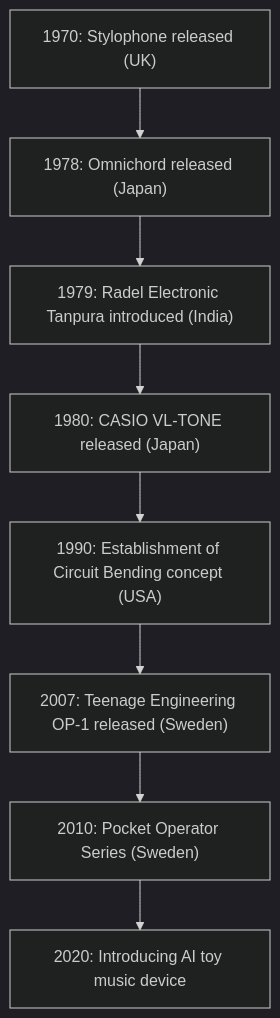
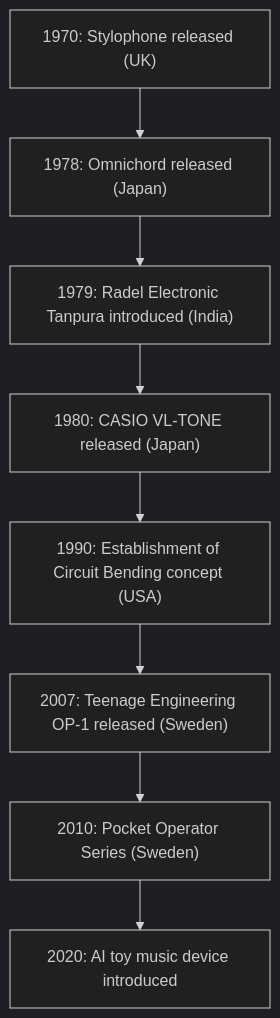
Before and after one commit to monumental-movement/monumental-movement.github.io: the diagram in en/_posts/2025-10-12-Column-Strange-Musical-Toys.md, drawn with Mermaid (dark theme). The commit also changed other lines of this file and 339 other files, not shown here.

```diff
--- a/en/_posts/2025-10-12-Column-Strange-Musical-Toys.md
+++ b/en/_posts/2025-10-12-Column-Strange-Musical-Toys.md
@@ -211,16 +211,16 @@
 <div class="mermaid">
 
 flowchart TD
 
     A1970["1970: Stylophone released (UK)"]
     B1978["1978: Omnichord released (Japan)"]
     C1979["1979: Radel Electronic Tanpura introduced (India)"]
     D1980["1980: CASIO VL-TONE released (Japan)"]
     E1990["1990: Establishment of Circuit Bending concept (USA)"]
     F2007["2007: Teenage Engineering OP-1 released (Sweden)"]
     G2010["2010: Pocket Operator Series (Sweden)"]
-    H2020["2020: Introducing AI toy music device"]
+    H2020["2020: AI toy music device introduced"]
     
     A1970 --> B1978 --> C1979 --> D1980 --> E1990 --> F2007 --> G2010 --> H2020
 
 </div>
```
